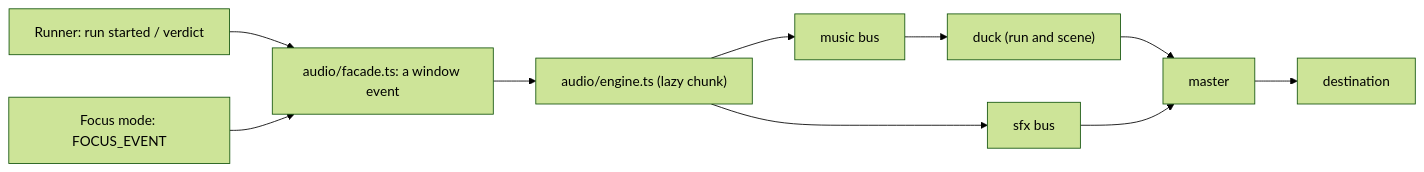
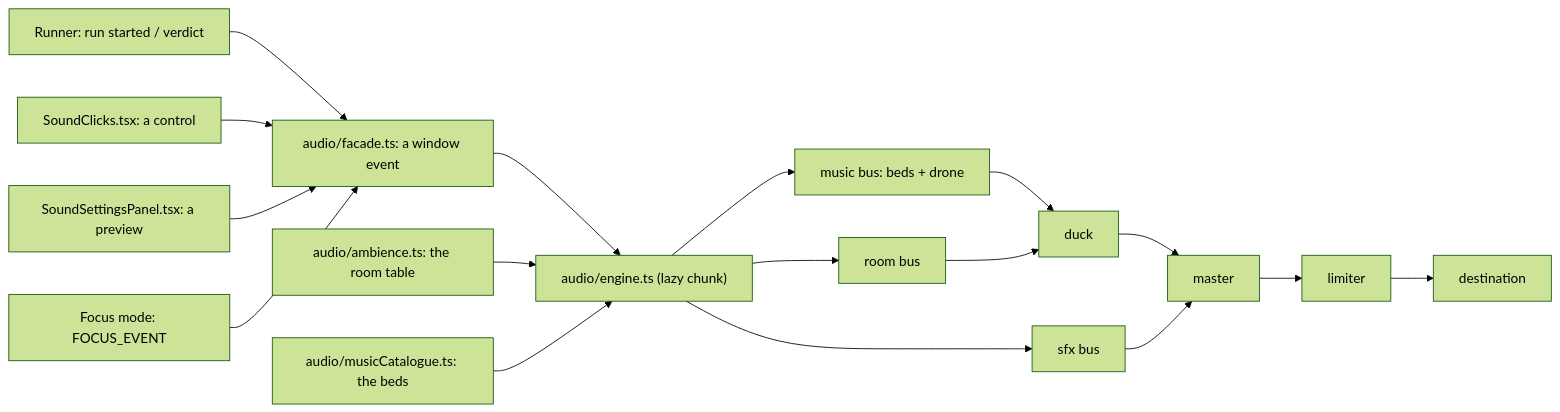
The diagram in docs/AUDIO.md (TLE47/Mechatronics-Roadmap), drawn with Mermaid (forest theme) before and after one commit. The commit also changed other lines of this file and 44 other files, not shown here.

First line of the commit message:
MechaLab 3.2 — sound you can hear, and a panel to set it by (#47)

````diff
--- a/docs/AUDIO.md
+++ b/docs/AUDIO.md
@@ -17,12 +26,19 @@
 ```mermaid
 flowchart LR
     R["Runner: run started / verdict"] --> B["audio/facade.ts: a window event"]
+    C["SoundClicks.tsx: a control"] --> B
+    P["SoundSettingsPanel.tsx: a preview"] --> B
     F["Focus mode: FOCUS_EVENT"] --> B
     B --> E["audio/engine.ts (lazy chunk)"]
-    E --> M["music bus"]
+    A2["audio/ambience.ts: the room table"] --> E
+    M2["audio/musicCatalogue.ts: the beds"] --> E
+    E --> M["music bus: beds + drone"]
     E --> S["sfx bus"]
-    M --> D["duck (run and scene)"]
-    D --> A["master"]
-    S --> A
-    A --> O["destination"]
+    E --> RM["room bus"]
+    M --> D["duck"]
+    RM --> D
+    D --> MA["master"]
+    S --> MA
+    MA --> L["limiter"]
+    L --> O["destination"]
 ```
````
